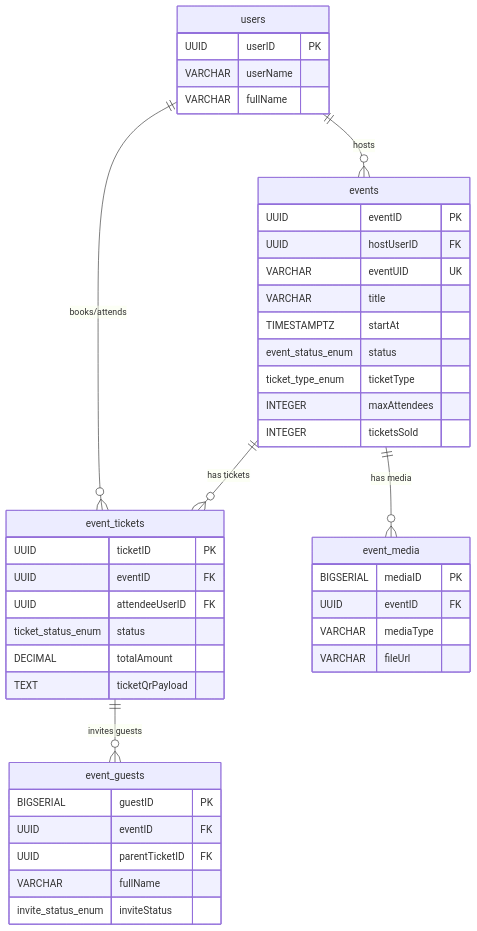
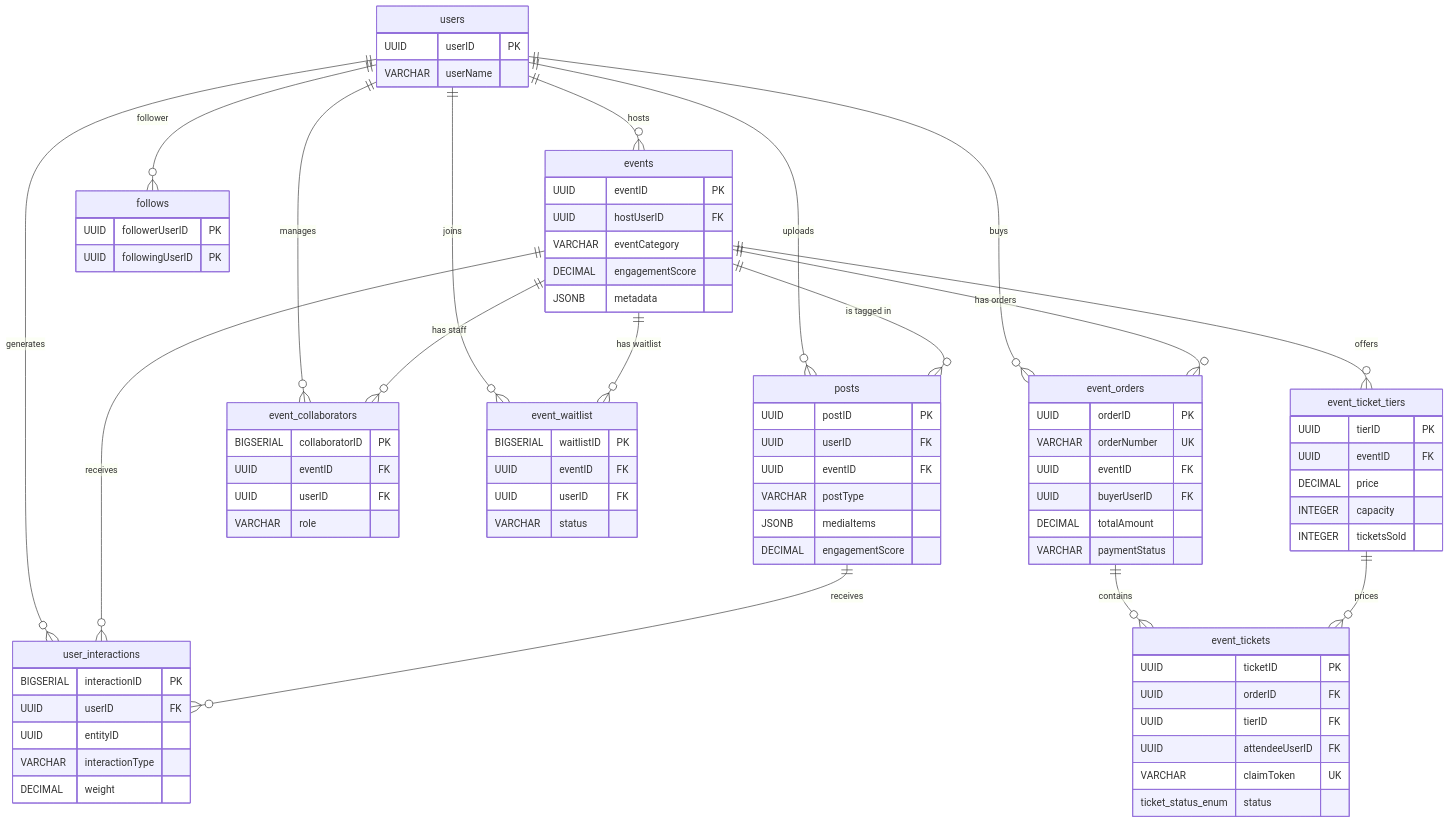
One commit to Ronakg2001/HappniX_dev changed the second of 2 diagrams in docs/Happnix-serverless-handbook/planning/event_database_design.md. Above: the diagram before and after it, drawn with Mermaid. The commit also changed other lines of this file and 1 other file, not shown here.

Commit message:
docs: define PostgreSQL schema for events and social features and initialize api service layer

````diff
--- a/docs/Happnix-serverless-handbook/planning/event_database_design.md
+++ b/docs/Happnix-serverless-handbook/planning/event_database_design.md
@@ -539,50 +422,97 @@
 ```mermaid
 erDiagram
-    users ||--o{ events : hosts
-    users ||--o{ event_tickets : "books/attends"
-    events ||--o{ event_media : "has media"
-    events ||--o{ event_tickets : "has tickets"
-    event_tickets ||--o{ event_guests : "invites guests"
+    users ||--o{ events : "hosts"
+    users ||--o{ follows : "follower"
+    users ||--o{ event_orders : "buys"
+    users ||--o{ posts : "uploads"
+    users ||--o{ user_interactions : "generates"
+    users ||--o{ event_collaborators : "manages"
+    users ||--o{ event_waitlist : "joins"
+    
+    events ||--o{ posts : "is tagged in"
+    events ||--o{ event_ticket_tiers : "offers"
+    events ||--o{ event_orders : "has orders"
+    events ||--o{ event_collaborators : "has staff"
+    events ||--o{ event_waitlist : "has waitlist"
+    
+    event_orders ||--o{ event_tickets : "contains"
+    event_ticket_tiers ||--o{ event_tickets : "prices"
+    
+    events ||--o{ user_interactions : "receives"
+    posts ||--o{ user_interactions : "receives"
 
     users {
         UUID userID PK
         VARCHAR userName
-        VARCHAR fullName
+    }
+
+    follows {
+        UUID followerUserID PK
+        UUID followingUserID PK
     }
 
     events {
         UUID eventID PK
         UUID hostUserID FK
-        VARCHAR eventUID UK
-        VARCHAR title
-        TIMESTAMPTZ startAt
-        event_status_enum status
-        ticket_type_enum ticketType
-        INTEGER maxAttendees
+        VARCHAR eventCategory
+        DECIMAL engagementScore
+        JSONB metadata
+    }
+
+    posts {
+        UUID postID PK
+        UUID userID FK
+        UUID eventID FK
+        VARCHAR postType
+        JSONB mediaItems
+        DECIMAL engagementScore
+    }
+
+    user_interactions {
+        BIGSERIAL interactionID PK
+        UUID userID FK
+        UUID entityID
+        VARCHAR interactionType
+        DECIMAL weight
+    }
+
+    event_ticket_tiers {
+        UUID tierID PK
+        UUID eventID FK
+        DECIMAL price
+        INTEGER capacity
         INTEGER ticketsSold
     }
 
-    event_media {
-        BIGSERIAL mediaID PK
+    event_orders {
+        UUID orderID PK
+        VARCHAR orderNumber UK
         UUID eventID FK
-        VARCHAR mediaType
-        VARCHAR fileUrl
+        UUID buyerUserID FK
+        DECIMAL totalAmount
+        VARCHAR paymentStatus
     }
 
     event_tickets {
         UUID ticketID PK
-        UUID eventID FK
+        UUID orderID FK
+        UUID tierID FK
         UUID attendeeUserID FK
+        VARCHAR claimToken UK
         ticket_status_enum status
-        DECIMAL totalAmount
-        TEXT ticketQrPayload
     }
 
-    event_guests {
-        BIGSERIAL guestID PK
+    event_collaborators {
+        BIGSERIAL collaboratorID PK
         UUID eventID FK
-        UUID parentTicketID FK
-        VARCHAR fullName
-        invite_status_enum inviteStatus
+        UUID userID FK
+        VARCHAR role
+    }
+
+    event_waitlist {
+        BIGSERIAL waitlistID PK
+        UUID eventID FK
+        UUID userID FK
+        VARCHAR status
     }
 ```
````
